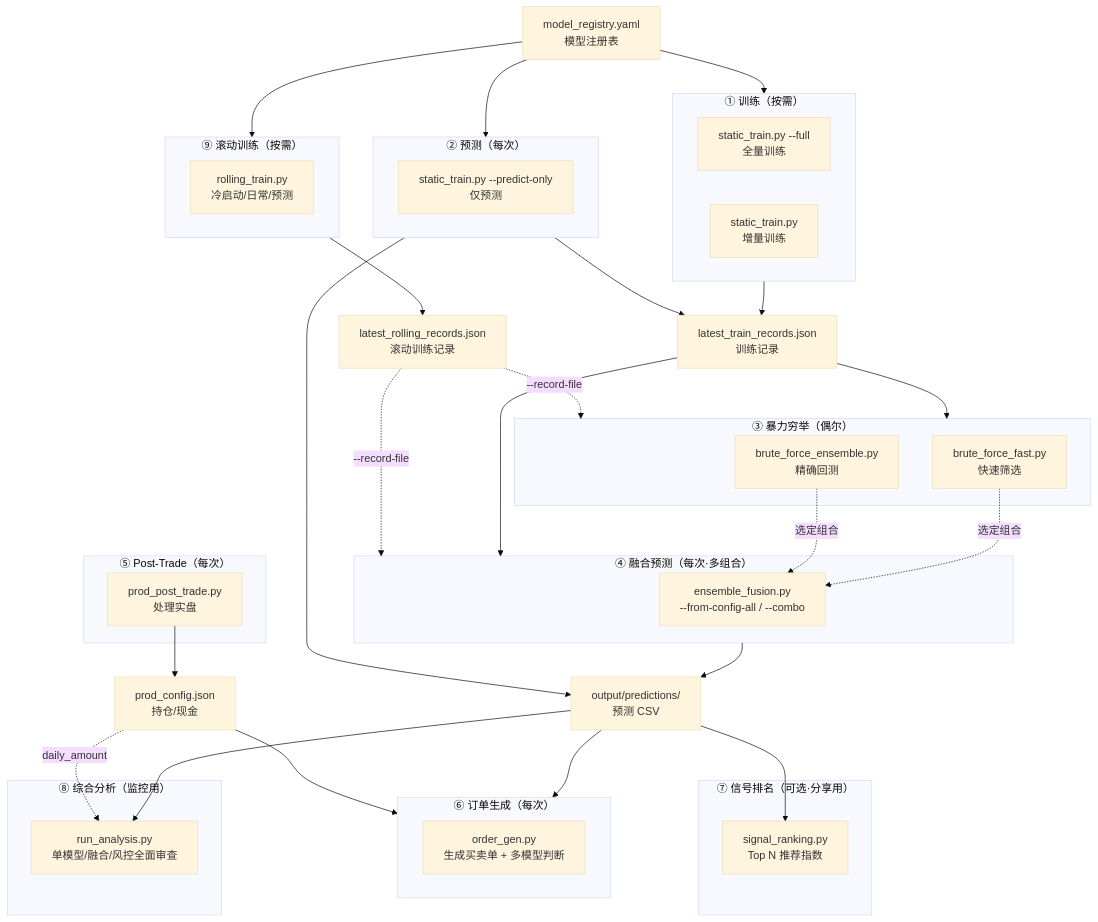
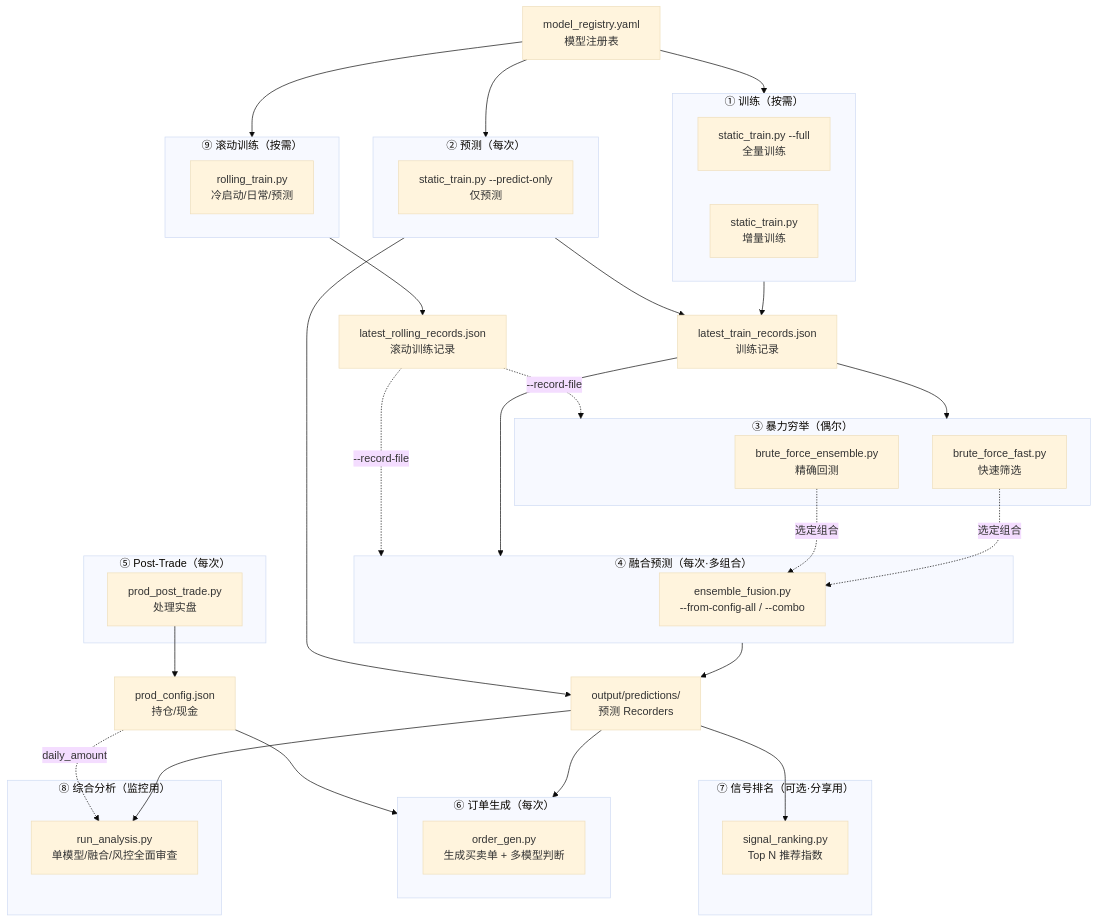
Before and after one commit to DarkLink/QuantPits: the diagram in docs/00_SYSTEM_OVERVIEW.md, drawn with Mermaid (base theme). The commit also changed other lines of this file and 11 other files, not shown here.

````diff
--- a/docs/00_SYSTEM_OVERVIEW.md
+++ b/docs/00_SYSTEM_OVERVIEW.md
@@ -46,67 +46,67 @@
 ```mermaid
 flowchart TB
     subgraph TRAIN["① 训练（按需）"]
         TP["static_train.py --full<br/>全量训练"]
         IT["static_train.py<br/>增量训练"]
     end
 
     subgraph ROLLING["⑨ 滚动训练（按需）"]
         RT["rolling_train.py<br/>冷启动/日常/预测"]
     end
 
     subgraph PREDICT["② 预测（每次）"]
         PO["static_train.py --predict-only<br/>仅预测"]
     end
 
     subgraph BRUTEFORCE["③ 暴力穷举（偶尔）"]
         BF["brute_force_ensemble.py<br/>精确回测"]
         BFF["brute_force_fast.py<br/>快速筛选"]
     end
 
     subgraph FUSION["④ 融合预测（每次·多组合）"]
         EF["ensemble_fusion.py<br/>--from-config-all / --combo"]
     end
 
     subgraph POSTTRADE["⑤ Post-Trade（每次）"]
         PT["prod_post_trade.py<br/>处理实盘"]
     end
 
     subgraph ORDERGEN["⑥ 订单生成（每次）"]
         OG["order_gen.py<br/>生成买卖单 + 多模型判断"]
     end
 
     subgraph SIGNAL["⑦ 信号排名（可选·分享用）"]
         SR["signal_ranking.py<br/>Top N 推荐指数"]
     end
 
     subgraph ANALYSIS["⑧ 综合分析（监控用）"]
         AN["run_analysis.py<br/>单模型/融合/风控全面审查"]
     end
 
     REG["model_registry.yaml<br/>模型注册表"]
     LTR["latest_train_records.json<br/>训练记录"]
     LRR["latest_rolling_records.json<br/>滚动训练记录"]
-    PRED_CSV["output/predictions/<br/>预测 CSV"]
+    PRED_REC["output/predictions/<br/>预测 Recorders"]
     WC["prod_config.json<br/>持仓/现金"]
 
     REG --> TRAIN
     REG --> PREDICT
     REG --> ROLLING
     TRAIN --> LTR
     PREDICT --> LTR
     ROLLING --> LRR
     LTR --> BRUTEFORCE
     LTR --> FUSION
     LRR -.->|--record-file| BRUTEFORCE
     LRR -.->|--record-file| FUSION
-    FUSION --> PRED_CSV
-    PREDICT --> PRED_CSV
-    PRED_CSV --> ORDERGEN
-    PRED_CSV --> SR
-    PRED_CSV --> AN
+    FUSION --> PRED_REC
+    PREDICT --> PRED_REC
+    PRED_REC --> ORDERGEN
+    PRED_REC --> SR
+    PRED_REC --> AN
     PT --> WC
     WC --> ORDERGEN
     WC -.->|daily_amount| AN
     BFF -.->|选定组合| EF
     BF -.->|选定组合| EF
 ```
````
